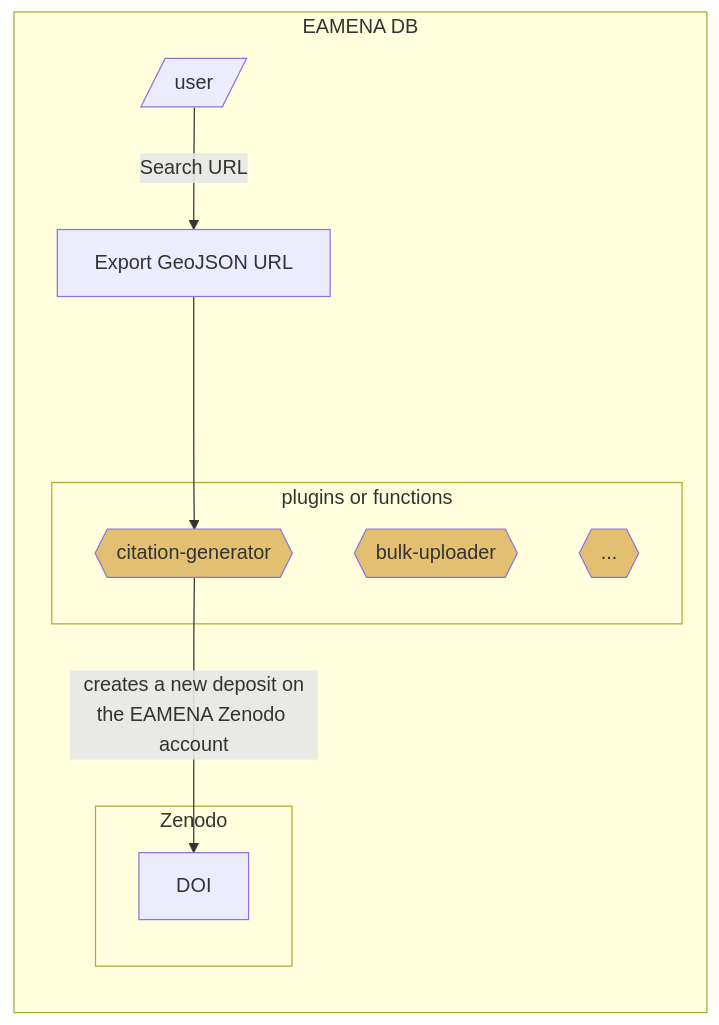
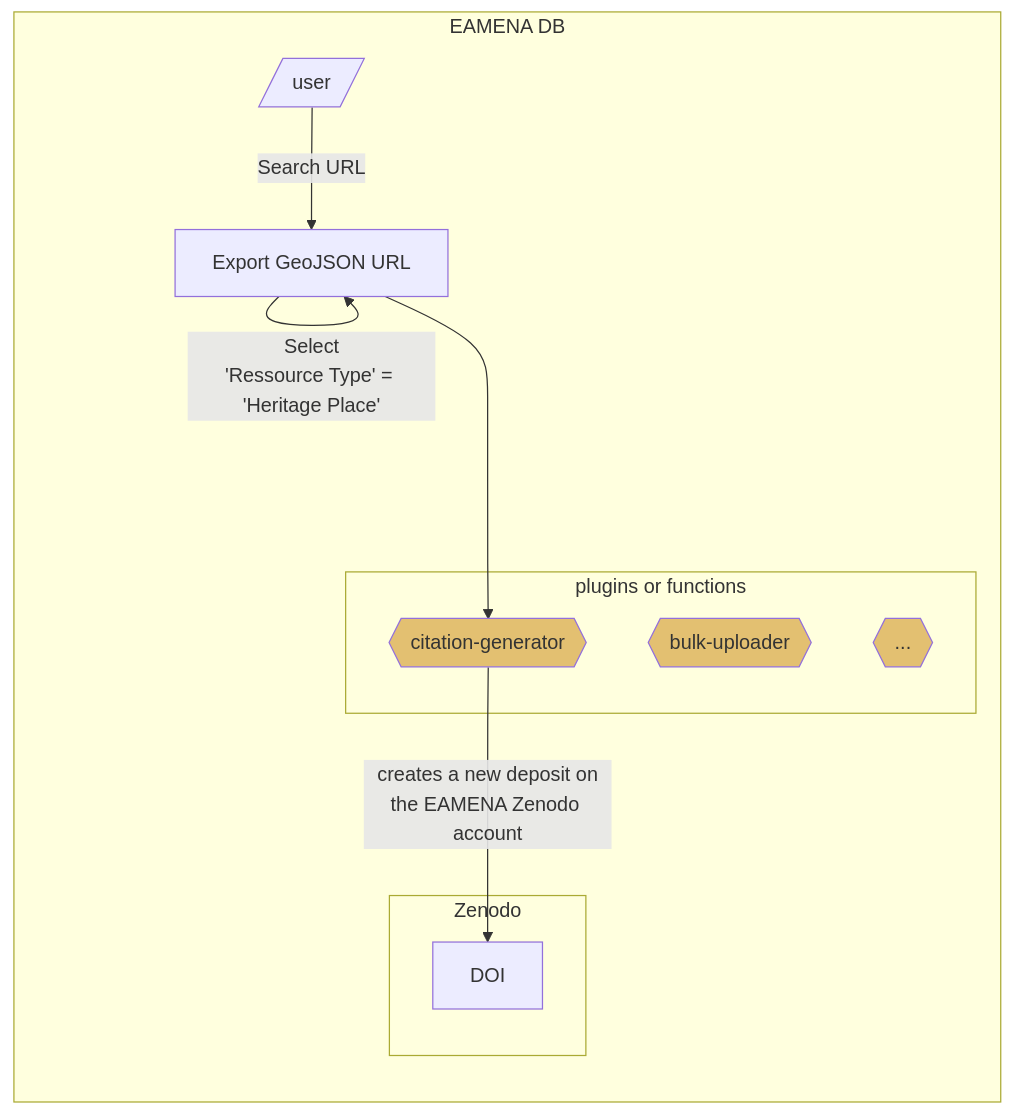
One commit to eamena-project/eamena-arches-dev changed the diagram in data/bibref/README.md. Above: the diagram before and after it, drawn with Mermaid. The commit also changed other lines of this file and 1 other file, not shown here.

````diff
--- a/data/bibref/README.md
+++ b/data/bibref/README.md
@@ -6,16 +6,17 @@
 ```mermaid
 flowchart LR
 	subgraph EAMENA DB
 		U[/user/] -- Search URL --> E[Export GeoJSON URL]
+		E -- Select<br>'Ressource Type' = 'Heritage Place' --> E
 		E ---> G{{citation-generator}}:::eamenaFunc;
 		subgraph plugins or functions
 		G
 		H{{bulk-uploader}}:::eamenaFunc;
 		I{{...}}:::eamenaFunc;
 		end
 	subgraph "Zenodo"
 	G -- creates a new deposit on<br>the EAMENA Zenodo account --> DOI
 	end
 end
 classDef eamenaFunc fill:#e3c071;
 ```
````
